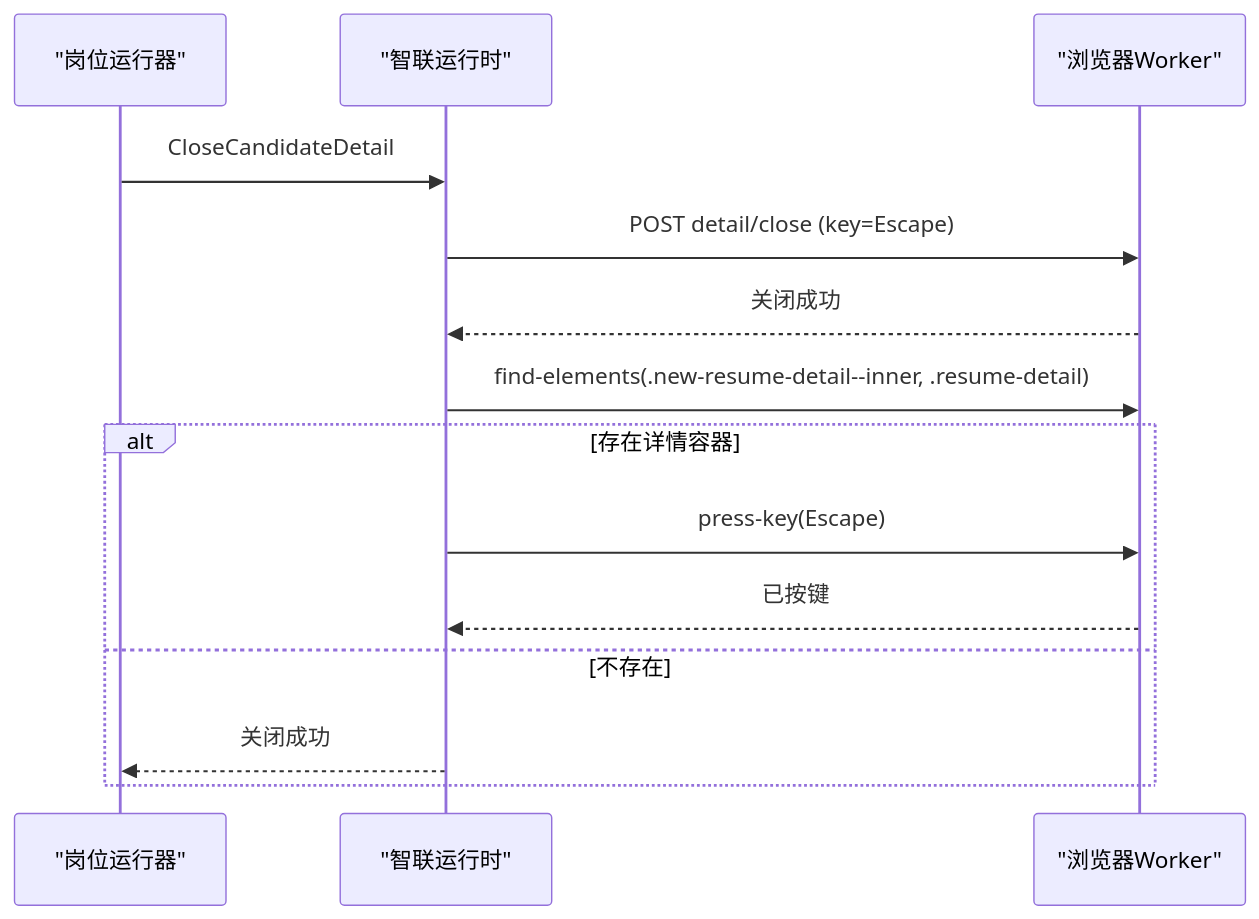
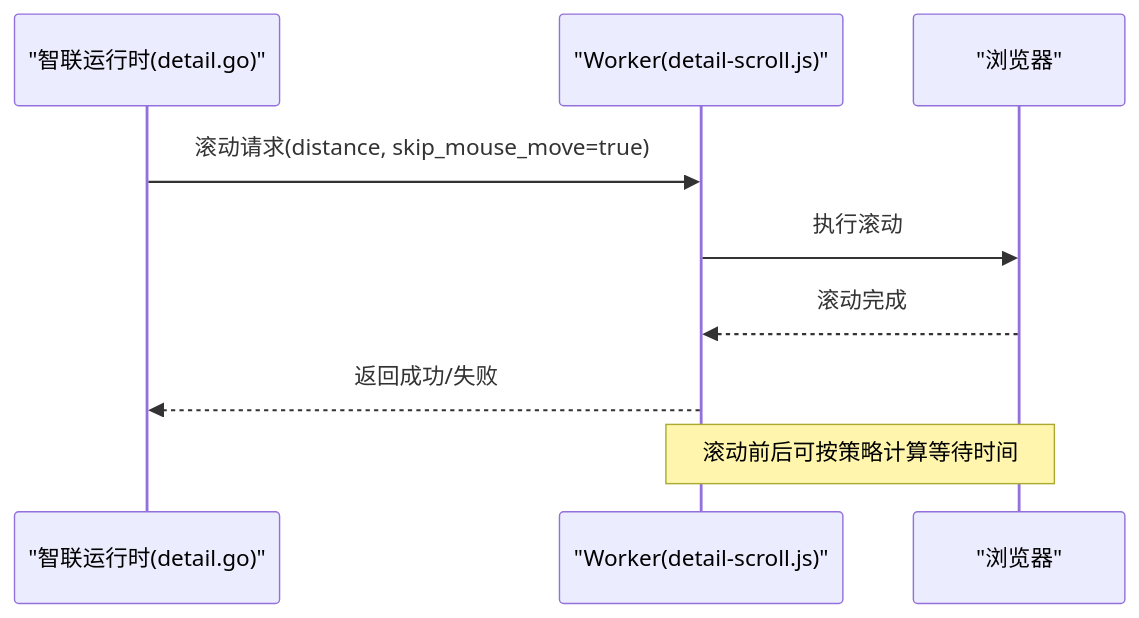
One commit to alvinwangzi/goodhr changed the fourth of 6 diagrams in .qoder/repowiki/zh/content/本地执行器/平台适配器/智联招聘适配器/详情页面处理.md. Above: the diagram before and after it, drawn with Mermaid. The commit also changed other lines of this file and 149 other files, not shown here.

````diff
--- a/.qoder/repowiki/zh/content/本地执行器/平台适配器/智联招聘适配器/详情页面处理.md
+++ b/.qoder/repowiki/zh/content/本地执行器/平台适配器/智联招聘适配器/详情页面处理.md
@@ -154,16 +158,11 @@
 ```mermaid
 sequenceDiagram
-participant Runner as "岗位运行器"
-participant ZR as "智联运行时"
-participant Worker as "浏览器Worker"
-Runner->>ZR : CloseCandidateDetail
-ZR->>Worker : POST detail/close (key=Escape)
-Worker-->>ZR : 关闭成功
-ZR->>Worker : find-elements(.new-resume-detail--inner, .resume-detail)
-alt 存在详情容器
-ZR->>Worker : press-key(Escape)
-Worker-->>ZR : 已按键
-else 不存在
-ZR-->>Runner : 关闭成功
-end
+participant ZR as "智联运行时(detail.go)"
+participant WS as "Worker(detail-scroll.js)"
+participant BR as "浏览器"
+ZR->>WS : 滚动请求(distance, skip_mouse_move=true)
+WS->>BR : 执行滚动
+BR-->>WS : 滚动完成
+WS-->>ZR : 返回成功/失败
+Note over WS,BR : 滚动前后可按策略计算等待时间
 ```
````
